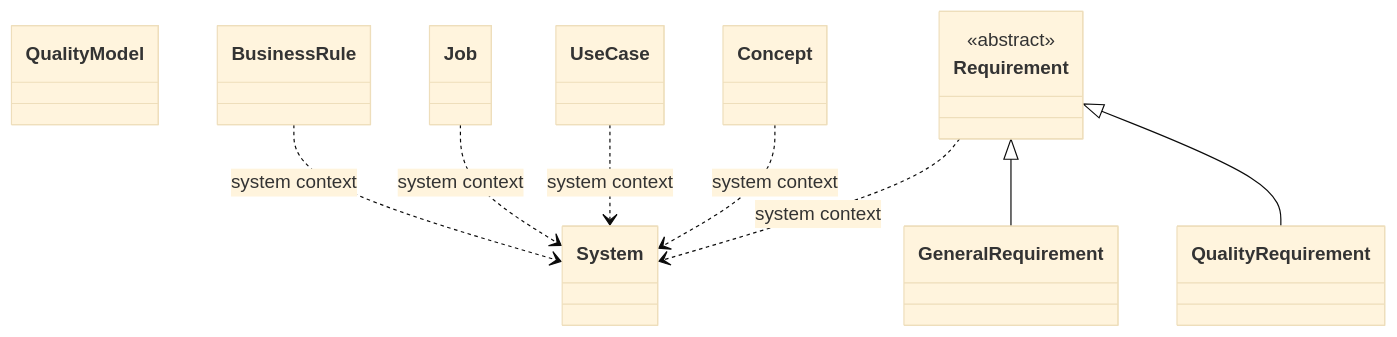
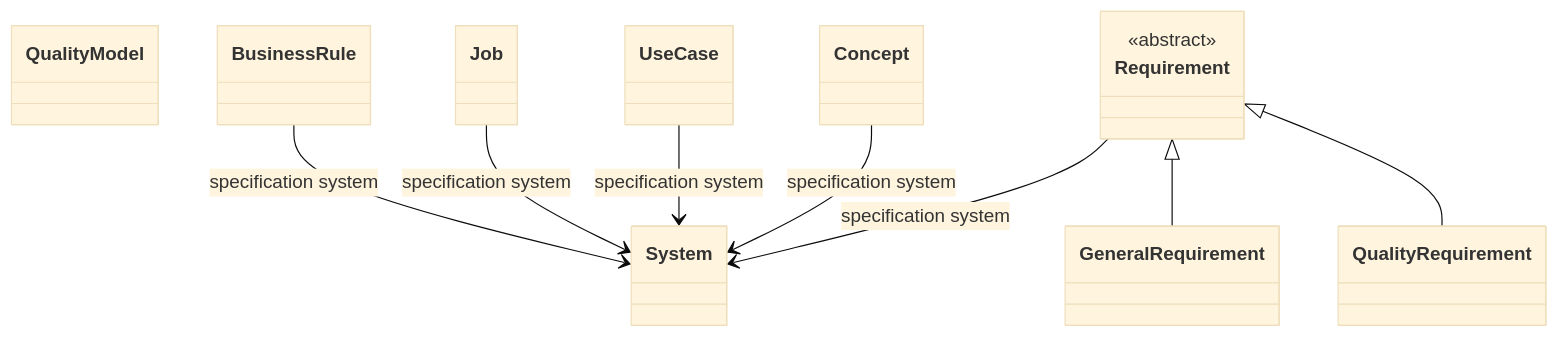
The first of 12 diagrams in docs/reference/model/core.md (craigsmitham/dotspec), drawn with Mermaid (base theme) before and after one commit. The commit also changed other lines of this file and 65 other files, not shown here.

````diff
--- a/docs/reference/model/core.md
+++ b/docs/reference/model/core.md
@@ -30,21 +30,21 @@
 ```mermaid
 classDiagram
     direction TB
     class System
     class QualityModel
     class BusinessRule
     class Job
     class UseCase
     class Concept
     class Requirement
     <<abstract>> Requirement
     class GeneralRequirement
     class QualityRequirement
     Requirement <|-- GeneralRequirement
     Requirement <|-- QualityRequirement
-    BusinessRule ..> System : system context
-    Job ..> System : system context
-    UseCase ..> System : system context
-    Concept ..> System : system context
-    Requirement ..> System : system context
+    BusinessRule --> System : specification system
+    Job --> System : specification system
+    UseCase --> System : specification system
+    Concept --> System : specification system
+    Requirement --> System : specification system
 ```
````
